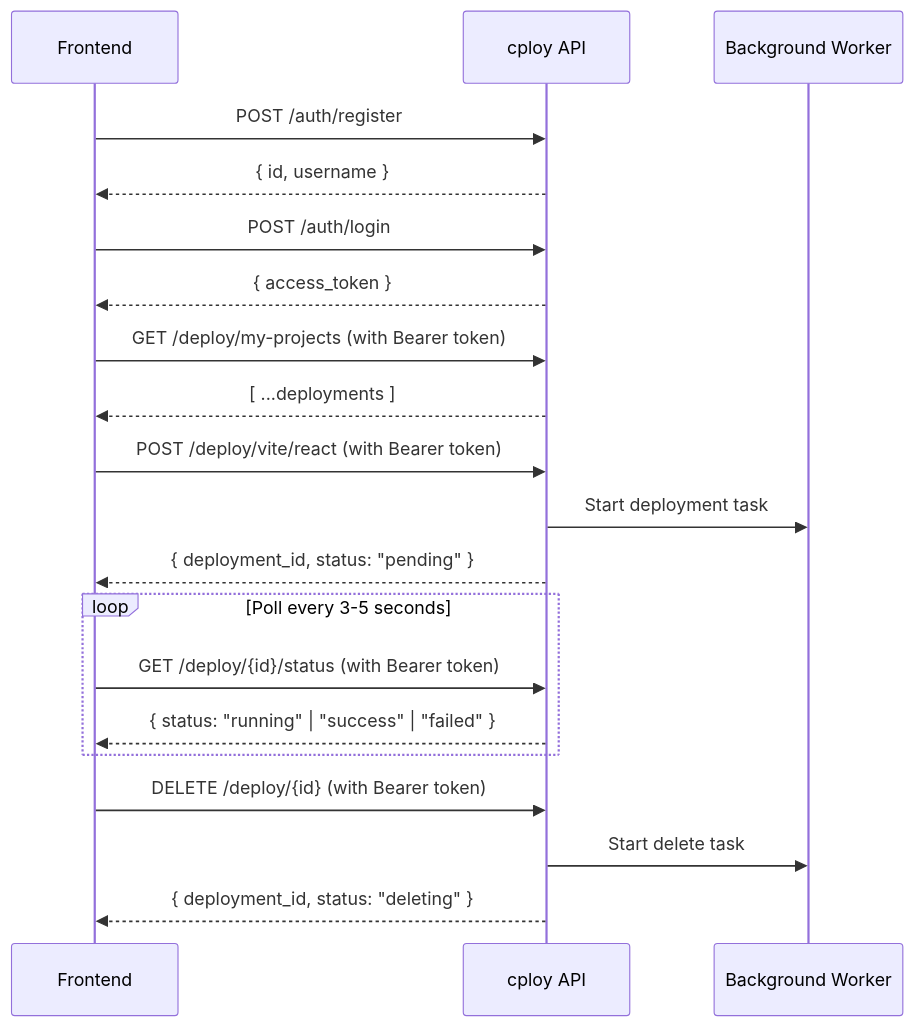
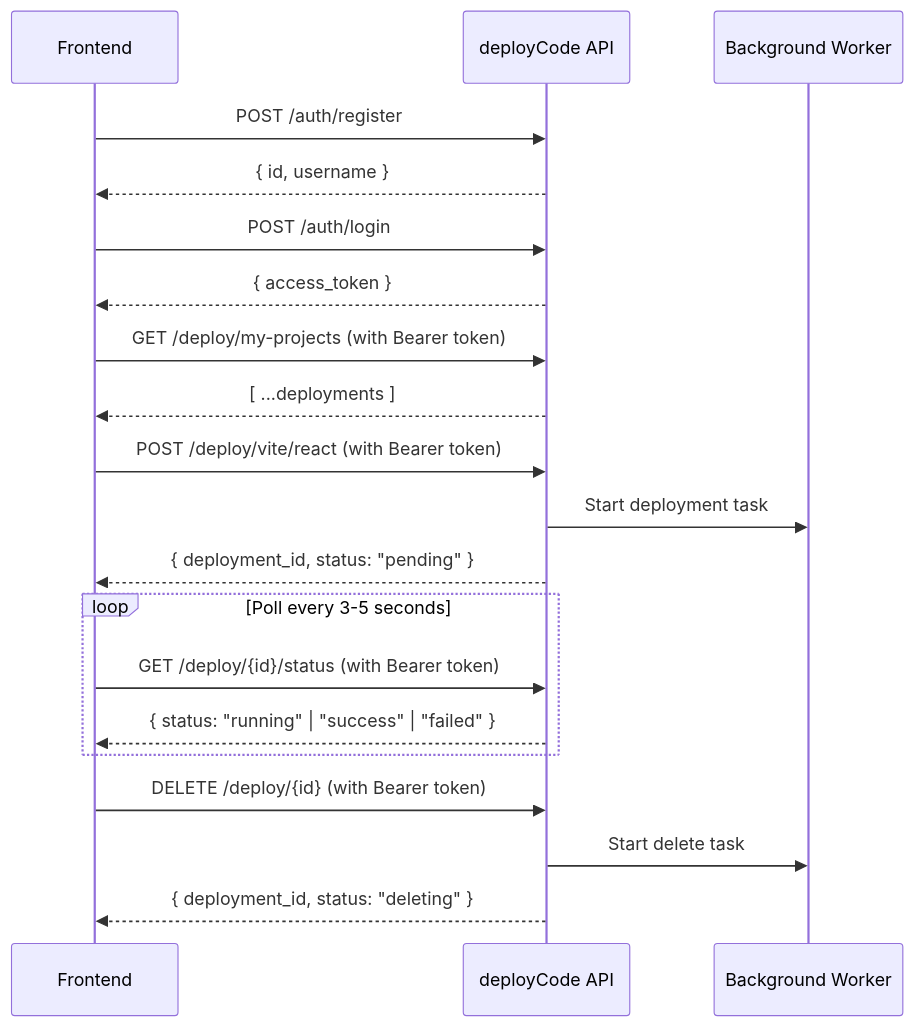
Before and after one commit to Dev-Saurabh-K/deployCode-frontend: the first of 2 diagrams in api_documentation.md, drawn with Mermaid. The commit also changed other lines of this file and 16 other files, not shown here.

````diff
--- a/api_documentation.md
+++ b/api_documentation.md
@@ -47,28 +47,28 @@
 ```mermaid
 sequenceDiagram
     participant FE as Frontend
-    participant API as cploy API
+    participant API as deployCode API
     participant BG as Background Worker
 
     FE->>API: POST /auth/register
     API-->>FE: { id, username }
 
     FE->>API: POST /auth/login
     API-->>FE: { access_token }
 
     FE->>API: GET /deploy/my-projects (with Bearer token)
     API-->>FE: [ ...deployments ]
 
     FE->>API: POST /deploy/vite/react (with Bearer token)
     API->>BG: Start deployment task
     API-->>FE: { deployment_id, status: "pending" }
 
     loop Poll every 3-5 seconds
         FE->>API: GET /deploy/{id}/status (with Bearer token)
         API-->>FE: { status: "running" | "success" | "failed" }
     end
 
     FE->>API: DELETE /deploy/{id} (with Bearer token)
     API->>BG: Start delete task
     API-->>FE: { deployment_id, status: "deleting" }
 ```
````
